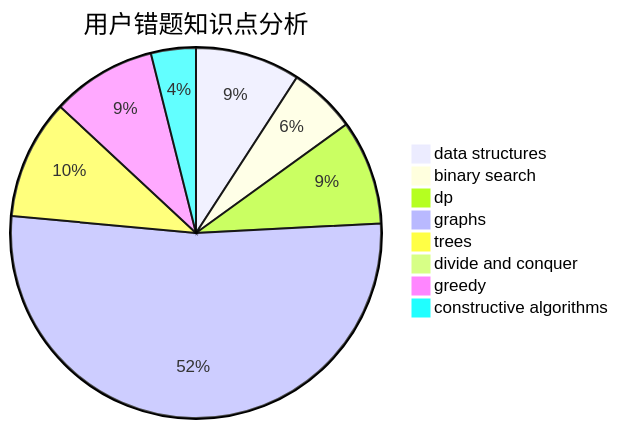
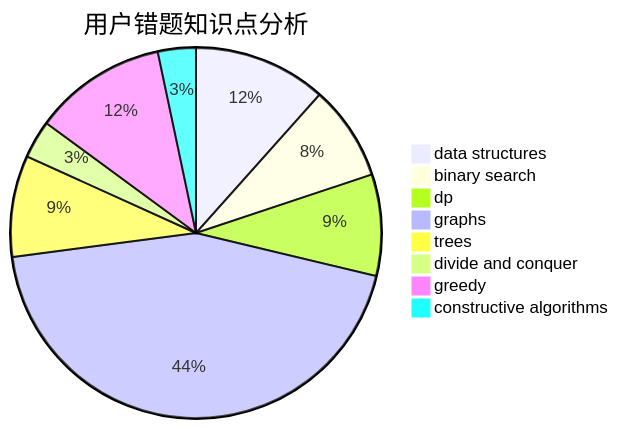
One commit to sherpahu/cfrs.github.io changed the third of 3 diagrams in docs/user/u2243.md. Above: the diagram before and after it, drawn with Mermaid. The commit also changed other lines of this file and 2770 other files, not shown here.

````diff
--- a/docs/user/u2243.md
+++ b/docs/user/u2243.md
@@ -36,11 +36,11 @@
 ```mermaid
 pie title 用户错题知识点分析
-    "data structures" :  14
-    "binary search" :  9
-    "dp" :  14
+    "data structures" :  21
+    "binary search" :  15
+    "dp" :  16
     "graphs" :  80
     "trees" :  16
-    "divide and conquer" :  0
-    "greedy" :  14
+    "divide and conquer" :  6
+    "greedy" :  21
     "constructive algorithms" :  6
 ```
````
